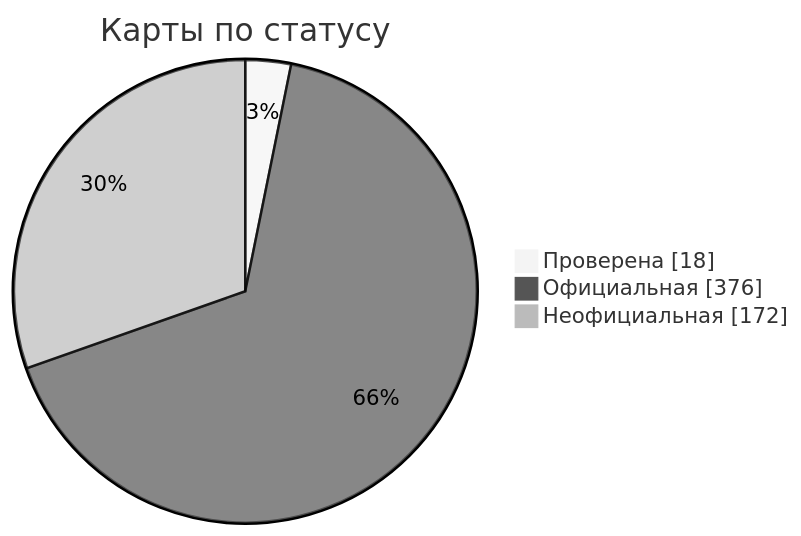
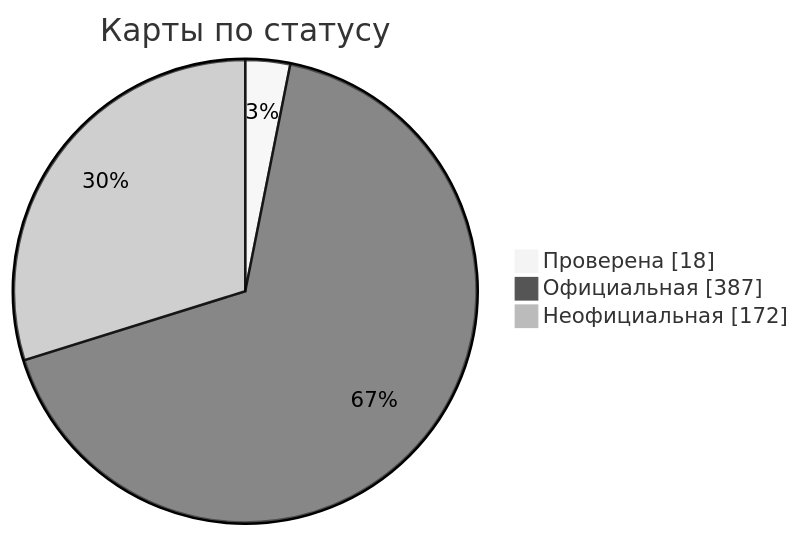
One commit to nobrega8/mbmap-library changed the diagram in docs/readme/README_RU.md. Above: the diagram before and after it, drawn with Mermaid (neutral theme). The commit also changed 15 other files, not shown here.

````diff
--- a/docs/readme/README_RU.md
+++ b/docs/readme/README_RU.md
@@ -54,7 +54,7 @@
 ```mermaid
 pie showData
     title Карты по статусу
     "Проверена" : 18
-    "Официальная" : 376
+    "Официальная" : 387
     "Неофициальная" : 172
 ```
````
